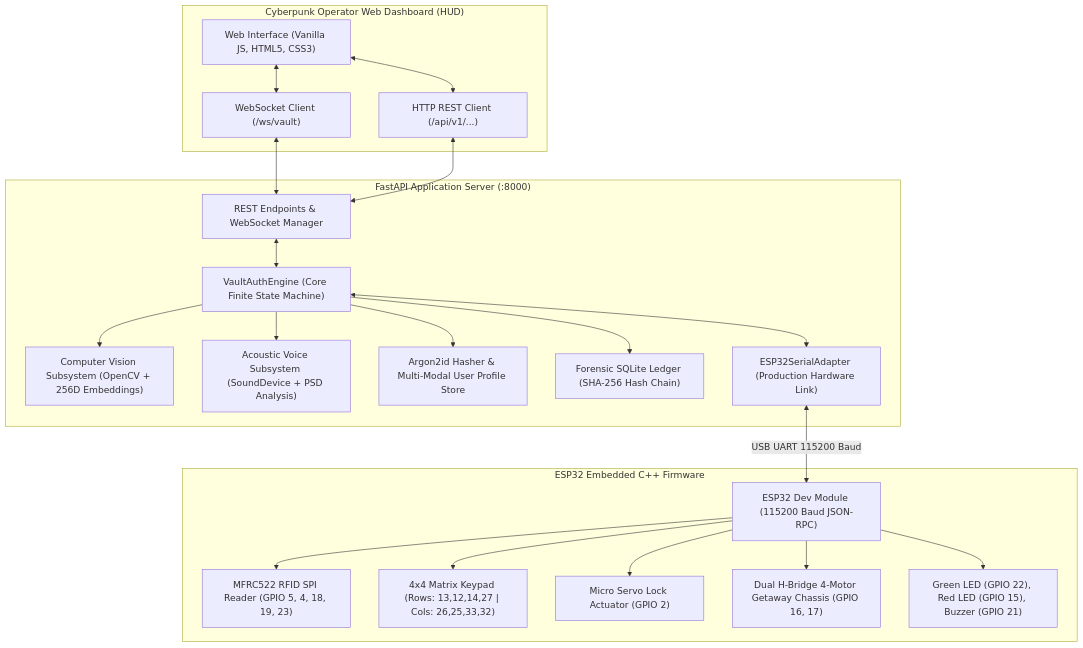
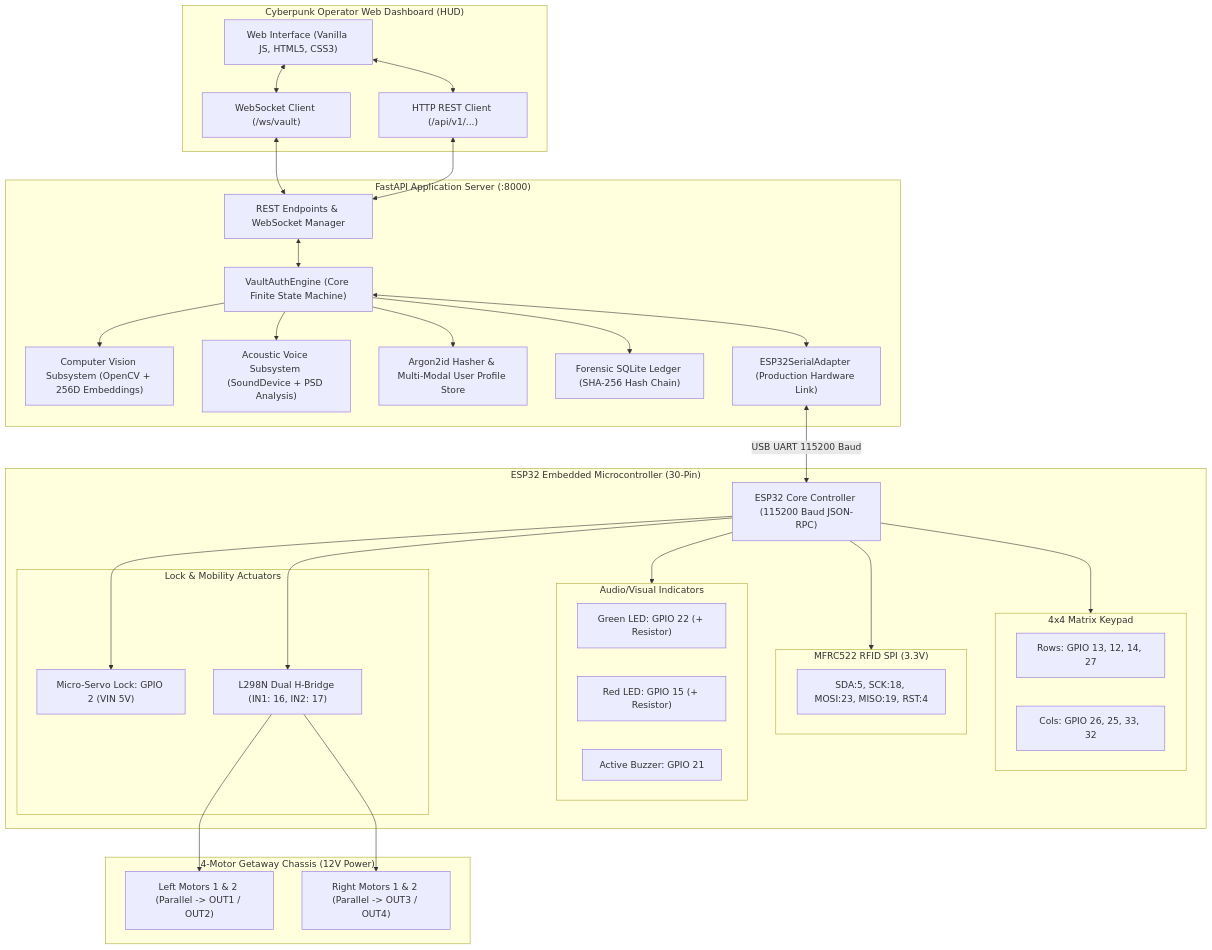
The second of 3 diagrams in README.md (Blessymolcharls/vault-404), drawn with Mermaid before and after one commit. The commit also changed other lines of this file, not shown here.

Commit message:
docs: regenerate enhanced architecture and wiring interconnect diagrams

````diff
--- a/README.md
+++ b/README.md
@@ -144,44 +144,66 @@
 ```mermaid
 flowchart TD
     subgraph Frontend["Cyberpunk Operator Web Dashboard (HUD)"]
         UI["Web Interface (Vanilla JS, HTML5, CSS3)"]
         WSClient["WebSocket Client (/ws/vault)"]
         RESTClient["HTTP REST Client (/api/v1/...)"]
     end
 
-    subgraph Backend["FastAPI Application Server (:8000)"]
+    subgraph HostServer["FastAPI Application Server (:8000)"]
         Router["REST Endpoints & WebSocket Manager"]
         FSM["VaultAuthEngine (Core Finite State Machine)"]
         CV["Computer Vision Subsystem (OpenCV + 256D Embeddings)"]
         Audio["Acoustic Voice Subsystem (SoundDevice + PSD Analysis)"]
         Auth["Argon2id Hasher & Multi-Modal User Profile Store"]
         Audit["Forensic SQLite Ledger (SHA-256 Hash Chain)"]
         Adapter["ESP32SerialAdapter (Production Hardware Link)"]
     end
 
-    subgraph Microcontroller["ESP32 Embedded C++ Firmware"]
-        ESP32["ESP32 Dev Module (115200 Baud JSON-RPC)"]
-        RFID["MFRC522 RFID SPI Reader (GPIO 5, 4, 18, 19, 23)"]
-        Keypad["4x4 Matrix Keypad (Rows: 13,12,14,27 | Cols: 26,25,33,32)"]
-        Servo["Micro Servo Lock Actuator (GPIO 2)"]
-        Motors["Dual H-Bridge 4-Motor Getaway Chassis (GPIO 16, 17)"]
-        Indicators["Green LED (GPIO 22), Red LED (GPIO 15), Buzzer (GPIO 21)"]
+    subgraph Microcontroller["ESP32 Embedded Microcontroller (30-Pin)"]
+        ESP32["ESP32 Core Controller (115200 Baud JSON-RPC)"]
+        
+        subgraph KeypadModule["4x4 Matrix Keypad"]
+            K_Rows["Rows: GPIO 13, 12, 14, 27"]
+            K_Cols["Cols: GPIO 26, 25, 33, 32"]
+        end
+        
+        subgraph RFIDModule["MFRC522 RFID SPI (3.3V)"]
+            RFID_SPI["SDA:5, SCK:18, MOSI:23, MISO:19, RST:4"]
+        end
+        
+        subgraph FeedbackModule["Audio/Visual Indicators"]
+            LED_G["Green LED: GPIO 22 (+ Resistor)"]
+            LED_R["Red LED: GPIO 15 (+ Resistor)"]
+            BUZZ["Active Buzzer: GPIO 21"]
+        end
+        
+        subgraph ActuatorModule["Lock & Mobility Actuators"]
+            SERVO["Micro-Servo Lock: GPIO 2 (VIN 5V)"]
+            L298N["L298N Dual H-Bridge (IN1: 16, IN2: 17)"]
+        end
+    end
+
+    subgraph MotorsChassis["4-Motor Getaway Chassis (12V Power)"]
+        LM["Left Motors 1 & 2 (Parallel -> OUT1 / OUT2)"]
+        RM["Right Motors 1 & 2 (Parallel -> OUT3 / OUT4)"]
     end
 
     UI <--> WSClient
     UI <--> RESTClient
     WSClient <--> Router
     RESTClient <--> Router
     Router <--> FSM
     FSM --> CV
     FSM --> Audio
     FSM --> Auth
     FSM --> Audit
     FSM <--> Adapter
     Adapter <-->|USB UART 115200 Baud| ESP32
-    ESP32 --> RFID
-    ESP32 --> Keypad
-    ESP32 --> Servo
-    ESP32 --> Motors
-    ESP32 --> Indicators
+    ESP32 --> KeypadModule
+    ESP32 --> RFIDModule
+    ESP32 --> FeedbackModule
+    ESP32 --> SERVO
+    ESP32 --> L298N
+    L298N --> LM
+    L298N --> RM
 ```
````
